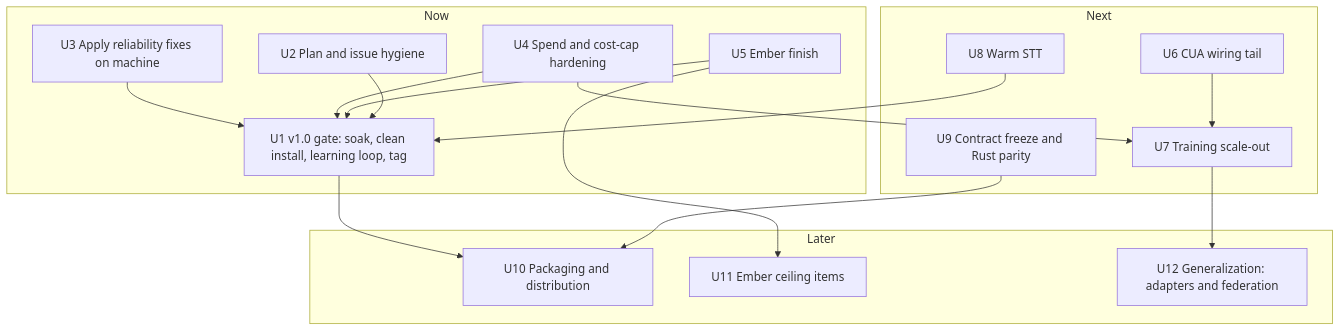
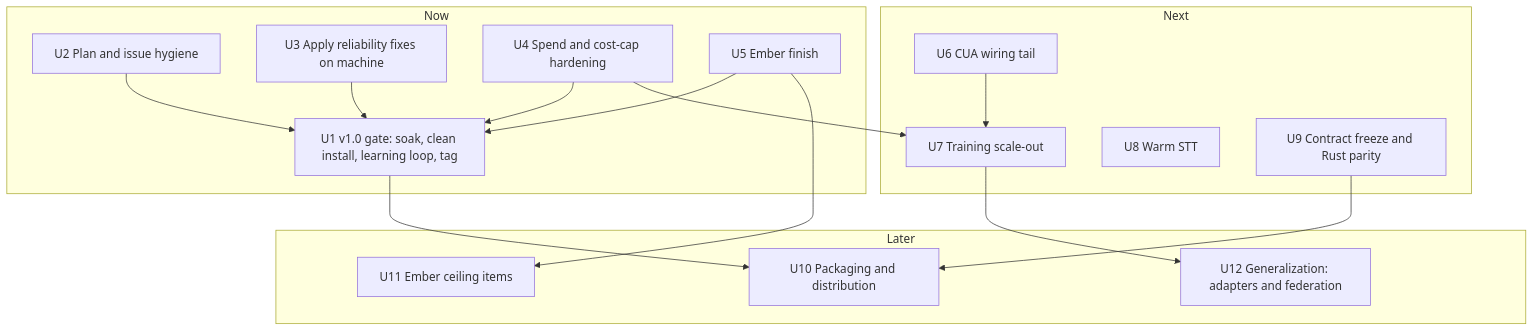
The diagram in docs/plans/2026-10-05-001-feat-wisp-full-roadmap-plan.md (duketopceo/wisp), drawn with Mermaid before and after one commit. The commit also changed other lines of this file and 1 other file, not shown here.

````diff
--- a/docs/plans/2026-10-05-001-feat-wisp-full-roadmap-plan.md
+++ b/docs/plans/2026-10-05-001-feat-wisp-full-roadmap-plan.md
@@ -130,32 +130,31 @@
 ```mermaid
 flowchart TB
   subgraph Now
     U2[U2 Plan and issue hygiene]
     U3[U3 Apply reliability fixes on machine]
     U4[U4 Spend and cost-cap hardening]
     U5[U5 Ember finish]
     U1[U1 v1.0 gate: soak, clean install, learning loop, tag]
   end
   subgraph Next
     U6[U6 CUA wiring tail]
     U7[U7 Training scale-out]
     U8[U8 Warm STT]
     U9[U9 Contract freeze and Rust parity]
   end
   subgraph Later
     U10[U10 Packaging and distribution]
     U11[U11 Ember ceiling items]
     U12[U12 Generalization: adapters and federation]
   end
   U3 --> U1
   U4 --> U1
   U5 --> U1
   U2 --> U1
   U1 --> U10
   U4 --> U7
   U6 --> U7
-  U8 --> U1
   U9 --> U10
   U7 --> U12
   U5 --> U11
 ```
````
